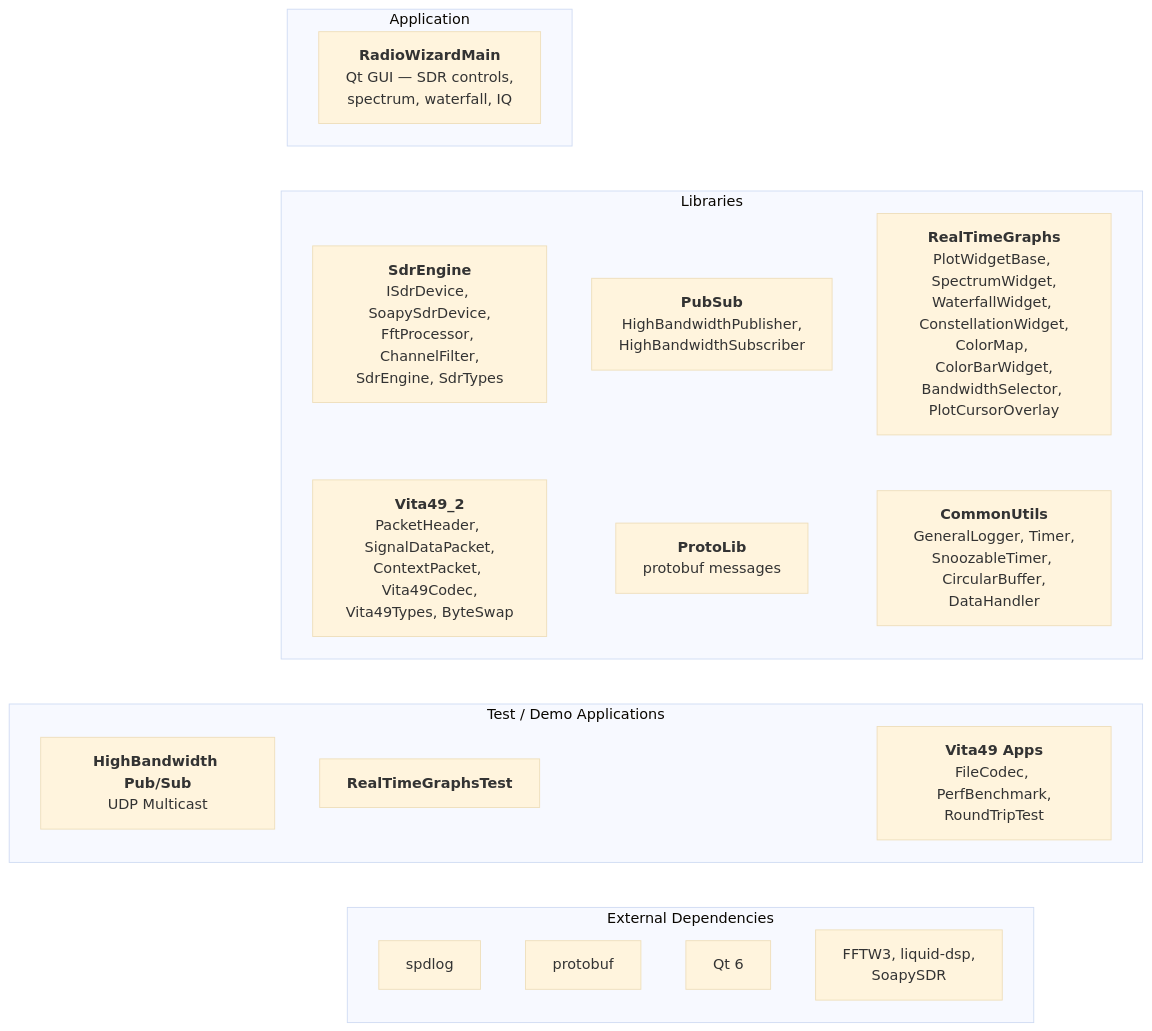
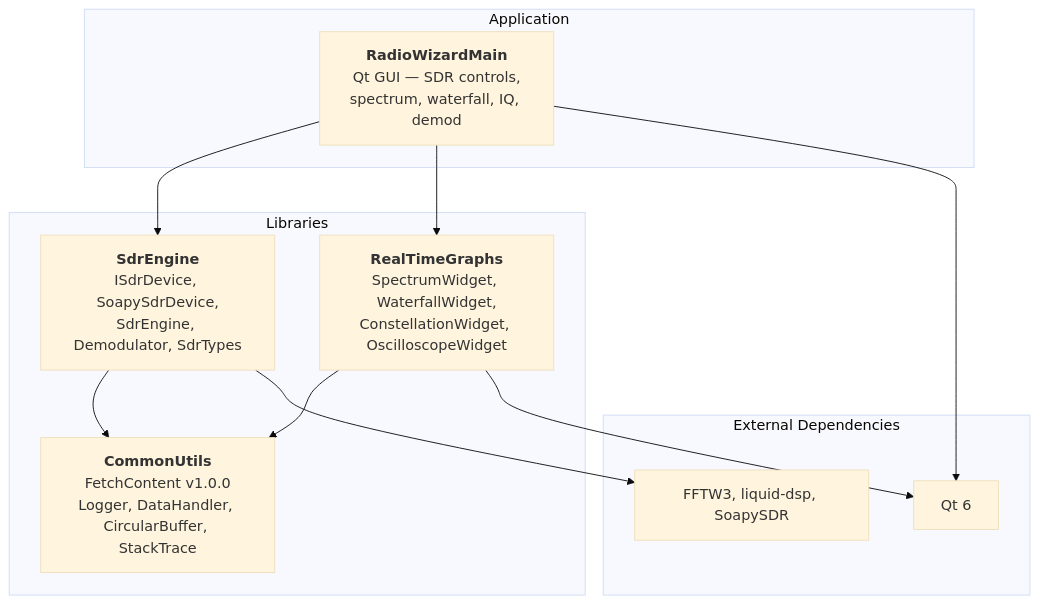
The diagram in docs/DESIGN.md (festensoft/RadioWizard), drawn with Mermaid (base theme) before and after one commit. The commit also changed other lines of this file and 184 other files, not shown here.

````diff
--- a/docs/DESIGN.md
+++ b/docs/DESIGN.md
@@ -13,39 +13,25 @@
 ```mermaid
 graph TD
    subgraph Application
-      RWM["<b>RadioWizardMain</b><br/>Qt GUI — SDR controls,<br/>spectrum, waterfall, IQ"]
+      RWM["<b>RadioWizardMain</b><br/>Qt GUI — SDR controls,<br/>spectrum, waterfall, IQ, demod"]
    end
 
    subgraph Libraries
-      SdrEngine["<b>SdrEngine</b><br/>ISdrDevice, SoapySdrDevice,<br/>FftProcessor, ChannelFilter,<br/>SdrEngine, SdrTypes"]
-      PubSub["<b>PubSub</b><br/>HighBandwidthPublisher,<br/>HighBandwidthSubscriber"]
-      RTG["<b>RealTimeGraphs</b><br/>PlotWidgetBase, SpectrumWidget,<br/>WaterfallWidget, ConstellationWidget,<br/>ColorMap, ColorBarWidget,<br/>BandwidthSelector, PlotCursorOverlay"]
-      Vita49["<b>Vita49_2</b><br/>PacketHeader, SignalDataPacket,<br/>ContextPacket, Vita49Codec,<br/>Vita49Types, ByteSwap"]
-      PL["<b>ProtoLib</b><br/>protobuf messages"]
-      CU["<b>CommonUtils</b><br/>GeneralLogger, Timer,<br/>SnoozableTimer, CircularBuffer,<br/>DataHandler"]
-
-      %% Force layout
-      SdrEngine ~~~ Vita49
-      PubSub ~~~ PL
-      RTG ~~~ CU
-   end
-
-   subgraph TestApps["Test / Demo Applications"]
-      HB["<b>HighBandwidth Pub/Sub</b><br/>UDP Multicast"]
-      RTT["<b>RealTimeGraphsTest</b>"]
-      V49A["<b>Vita49 Apps</b><br/>FileCodec, PerfBenchmark,<br/>RoundTripTest"]
+      SdrEngine["<b>SdrEngine</b><br/>ISdrDevice, SoapySdrDevice,<br/>SdrEngine, Demodulator, SdrTypes"]
+      RTG["<b>RealTimeGraphs</b><br/>SpectrumWidget, WaterfallWidget,<br/>ConstellationWidget, OscilloscopeWidget"]
+      CU["<b>CommonUtils</b><br/>FetchContent v1.0.0<br/>Logger, DataHandler, CircularBuffer, StackTrace"]
    end
 
    subgraph External["External Dependencies"]
-      spdlog
-      protobuf
       Qt6["Qt 6"]
-      FFTW3["FFTW3, liquid-dsp,<br/>SoapySDR"]
+      DSP["FFTW3, liquid-dsp, SoapySDR"]
    end
 
-   %% Invisible edges to enforce vertical ordering
-   RWM ~~~ SdrEngine
-   Vita49 ~~~ RTT
-   CU ~~~ V49A
-   RTT ~~~ spdlog
+   RWM --> SdrEngine
+   RWM --> RTG
+   SdrEngine --> CU
+   RTG --> CU
+   SdrEngine --> DSP
+   RTG --> Qt6
+   RWM --> Qt6
 ```
````
